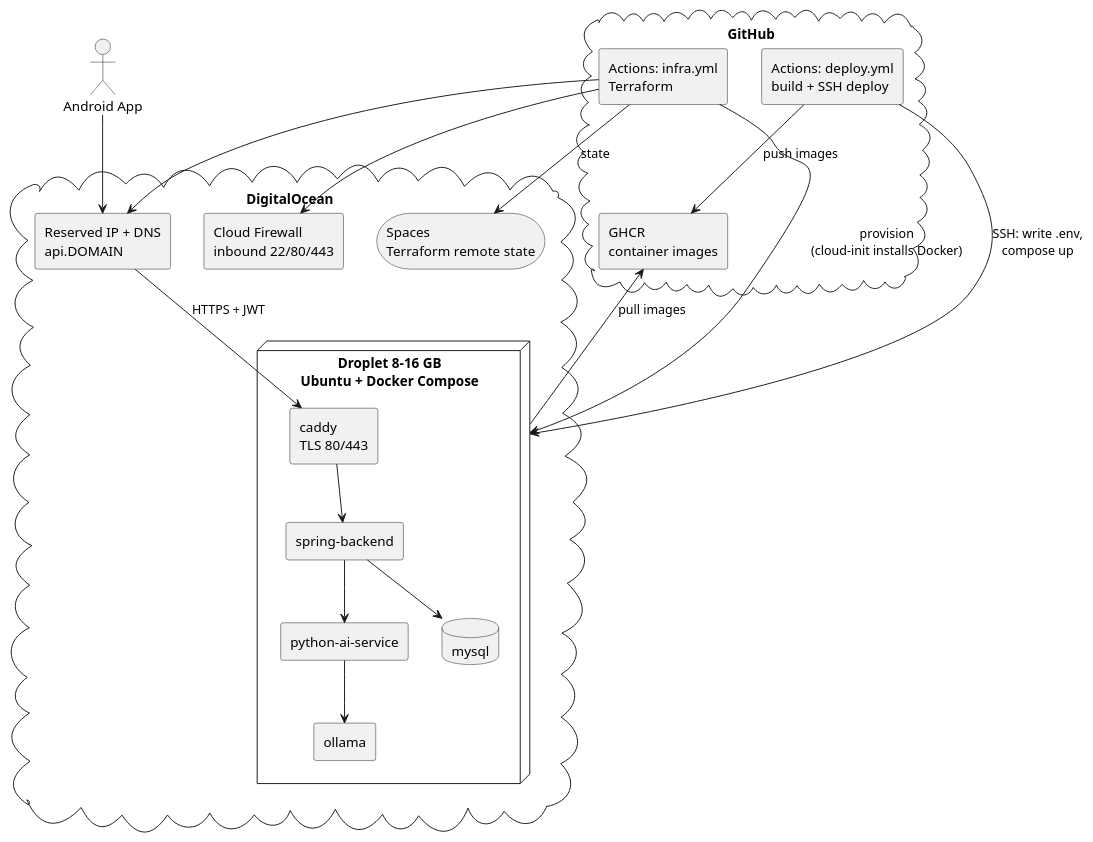
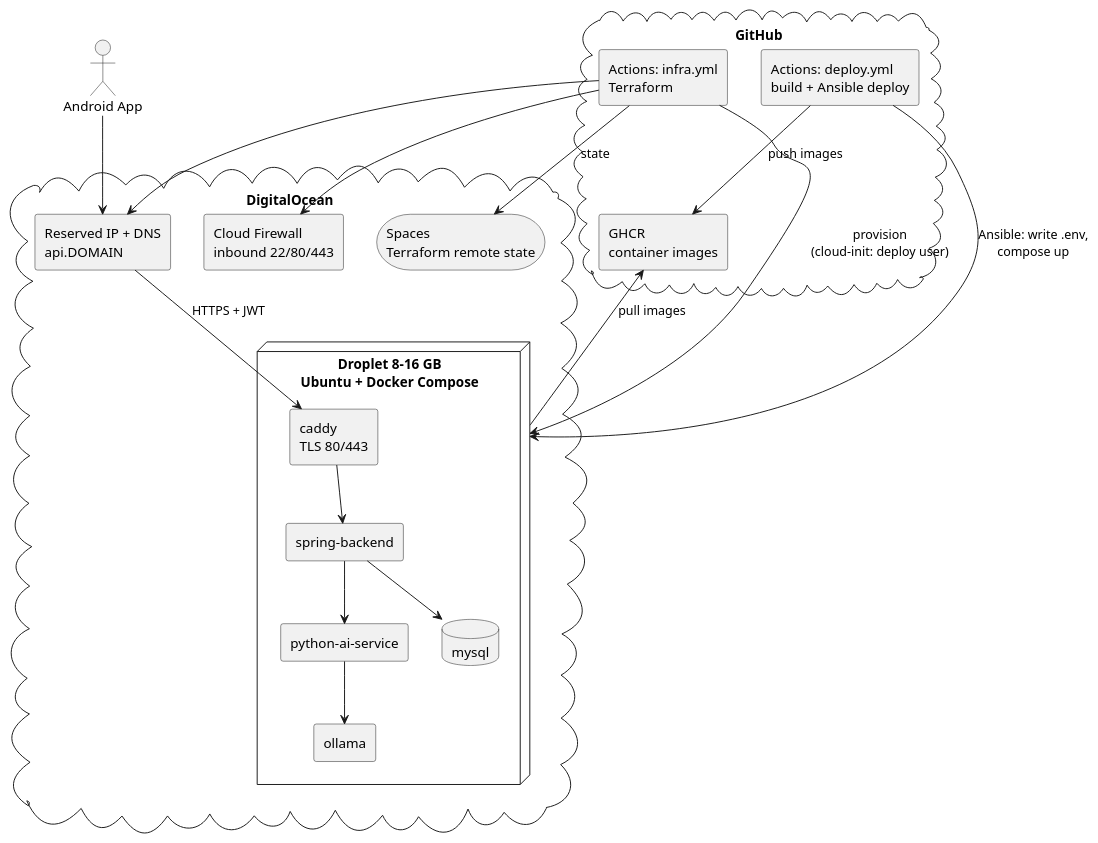
Before and after one commit to SA62-team4/mobile-application-dev-ca: the fourth of 7 diagrams in docs/specs/04-plan-system-architecture.md, drawn with PlantUML. The commit also changed other lines of this file and 18 other files, not shown here.

First line of the commit message:
Refactor production deploy to Ansible

````diff
--- a/docs/specs/04-plan-system-architecture.md
+++ b/docs/specs/04-plan-system-architecture.md
@@ -138,40 +139,40 @@
 ```plantuml
 @startuml
 top to bottom direction
 
 actor "Android App" as Android
 
 cloud "GitHub" as GH {
   rectangle "Actions: infra.yml\nTerraform" as Infra
-  rectangle "Actions: deploy.yml\nbuild + SSH deploy" as Deploy
+  rectangle "Actions: deploy.yml\nbuild + Ansible deploy" as Deploy
   rectangle "GHCR\ncontainer images" as GHCR
 }
 
 cloud "DigitalOcean" as DO {
   rectangle "Cloud Firewall\ninbound 22/80/443" as FW
   rectangle "Reserved IP + DNS\napi.DOMAIN" as DNS
   storage "Spaces\nTerraform remote state" as Spaces
   node "Droplet 8-16 GB\nUbuntu + Docker Compose" as Droplet {
     rectangle "caddy\nTLS 80/443" as Caddy
     rectangle "spring-backend" as Spring
     rectangle "python-ai-service" as Python
     rectangle "ollama" as Ollama
     database "mysql" as MySQL
   }
 }
 
 Infra --> Spaces : state
-Infra --> Droplet : provision\n(cloud-init installs Docker)
+Infra --> Droplet : provision\n(cloud-init: deploy user)
 Infra --> FW
 Infra --> DNS
 Deploy --> GHCR : push images
-Deploy --> Droplet : SSH: write .env,\ncompose up
+Deploy --> Droplet : Ansible: write .env,\ncompose up
 Droplet --> GHCR : pull images
 Android --> DNS
 DNS --> Caddy : HTTPS + JWT
 Caddy --> Spring
 Spring --> MySQL
 Spring --> Python
 Python --> Ollama
 @enduml
 ```
````
